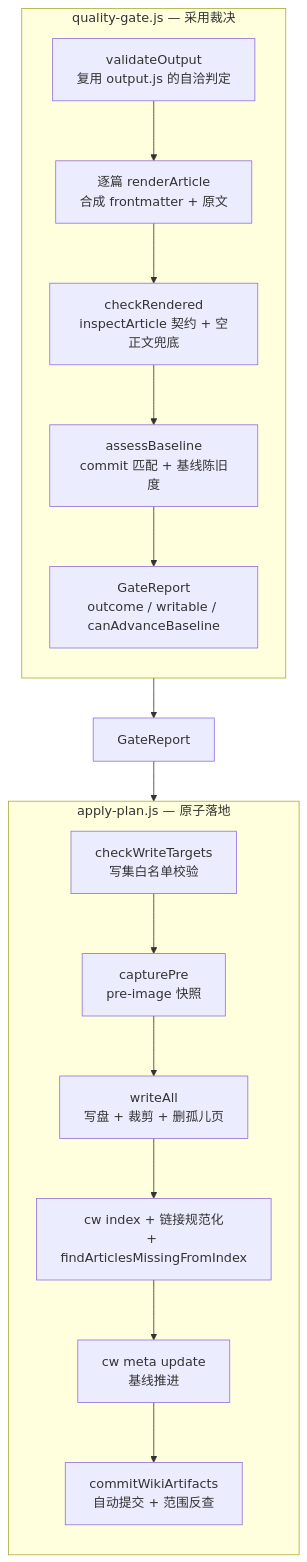
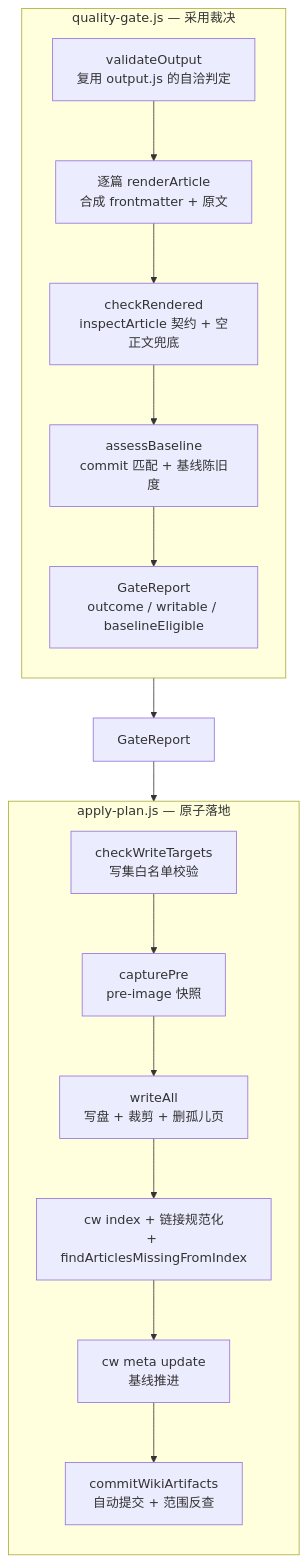
Before and after one commit to ikliml666/dsh-codewiki: the second of 7 diagrams in .codewiki/modules/engine-core-artifact-gate.md, drawn with Mermaid. The commit also changed other lines of this file and 28 other files, not shown here.

````diff
--- a/.codewiki/modules/engine-core-artifact-gate.md
+++ b/.codewiki/modules/engine-core-artifact-gate.md
@@ -49,22 +49,22 @@
 ```mermaid
 flowchart TB
     subgraph Gate["quality-gate.js — 采用裁决"]
         direction TB
         G1["validateOutput<br/>复用 output.js 的自洽判定"] --> G2["逐篇 renderArticle<br/>合成 frontmatter + 原文"]
         G2 --> G3["checkRendered<br/>inspectArticle 契约 + 空正文兜底"]
         G3 --> G4["assessBaseline<br/>commit 匹配 + 基线陈旧度"]
-        G4 --> G5["GateReport<br/>outcome / writable / canAdvanceBaseline"]
+        G4 --> G5["GateReport<br/>outcome / writable / baselineEligible"]
     end
 
     subgraph Apply["apply-plan.js — 原子落地"]
         direction TB
         A1["checkWriteTargets<br/>写集白名单校验"] --> A2["capturePre<br/>pre-image 快照"]
         A2 --> A3["writeAll<br/>写盘 + 裁剪 + 删孤儿页"]
         A3 --> A4["cw index + 链接规范化<br/>+ findArticlesMissingFromIndex"]
         A4 --> A5["cw meta update<br/>基线推进"]
         A5 --> A6["commitWikiArtifacts<br/>自动提交 + 范围反查"]
     end
 
     Report["GateReport"] --> Apply
     G5 --> Report
 ```
````
